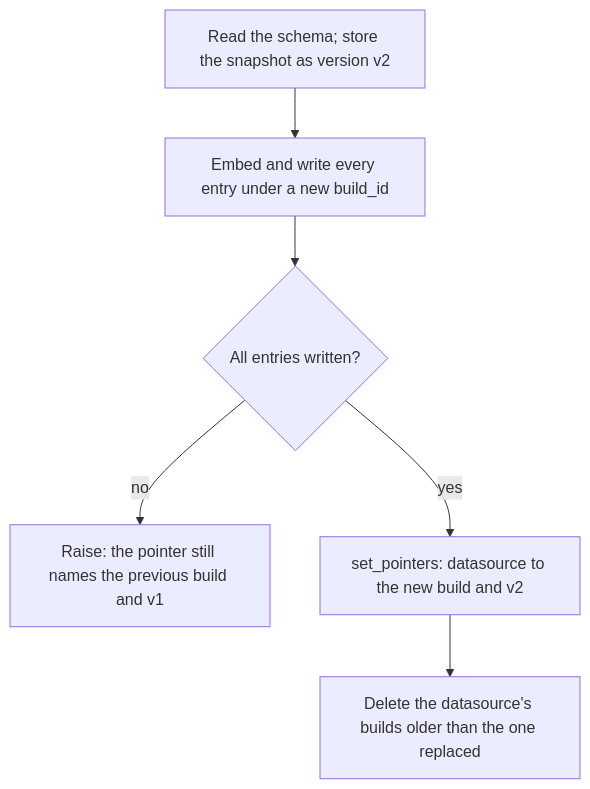
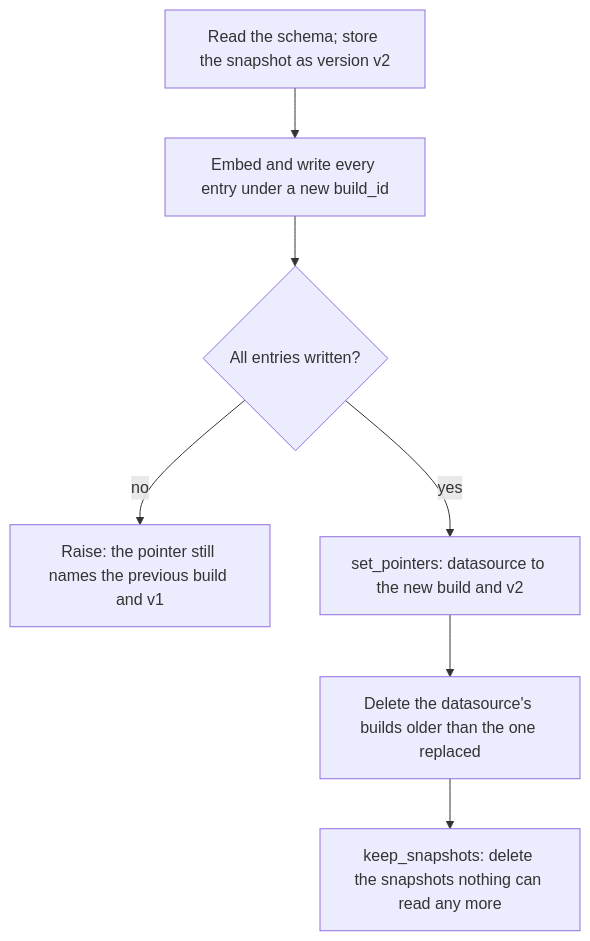
The second of 3 diagrams in docs/architecture/indexing.md (nadeem4/nl2sql), drawn with Mermaid before and after one commit. The commit also changed other lines of this file and 78 other files, not shown here.

````diff
--- a/docs/architecture/indexing.md
+++ b/docs/architecture/indexing.md
@@ -129,8 +129,9 @@
 ```mermaid
 flowchart TD
     A[Read the schema; store the snapshot as version v2] --> B[Embed and write every entry under a new build_id]
     B --> C{All entries written?}
     C -->|no| D[Raise: the pointer still names the previous build and v1]
     C -->|yes| E[set_pointers: datasource to the new build and v2]
     E --> F[Delete the datasource's builds older than the one replaced]
+    F --> G[keep_snapshots: delete the snapshots nothing can read any more]
 ```
````
